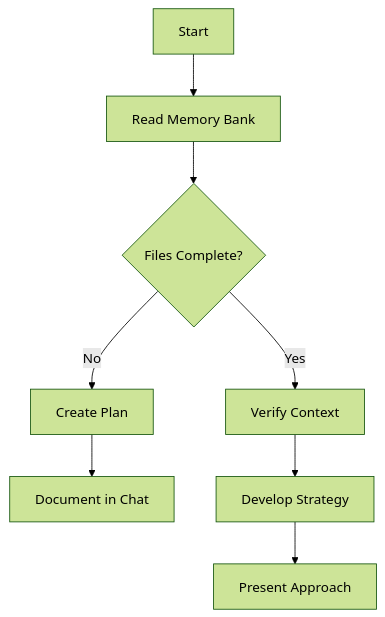
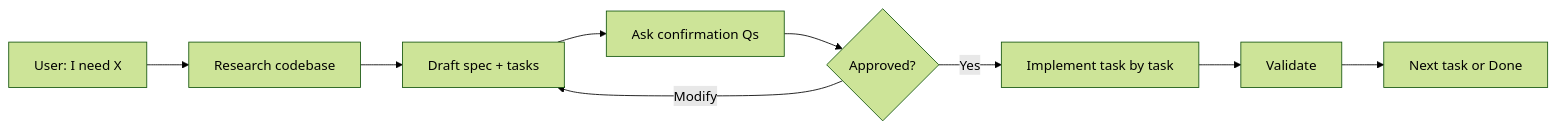
The second of 2 diagrams in .github/instructions/memory-bank-instructions.md (ssdeanx/AgentStack), drawn with Mermaid (forest theme) before and after one commit. The commit also changed other lines of this file and 26 other files, not shown here.

````diff
--- a/.github/instructions/memory-bank-instructions.md
+++ b/.github/instructions/memory-bank-instructions.md
@@ -82,10 +238,11 @@
 ```mermaid
-flowchart TD
-    Start[Start] --> ReadFiles[Read Memory Bank]
-    ReadFiles --> CheckFiles{Files Complete?}
-    CheckFiles -->|No| Plan[Create Plan]
-    Plan --> Document[Document in Chat]
-    CheckFiles -->|Yes| Verify[Verify Context]
-    Verify --> Strategy[Develop Strategy]
-    Strategy --> Present[Present Approach]
+flowchart LR
+    U[User: I need X] --> R[Research codebase]
+    R --> D[Draft spec + tasks]
+    D --> Q[Ask confirmation Qs]
+    Q --> A{Approved?}
+    A -->|Yes| I[Implement task by task]
+    A -->|Modify| D
+    I --> V[Validate]
+    V --> N[Next task or Done]
 ```
````
